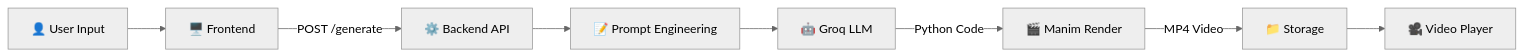
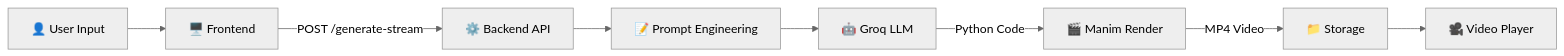
One commit to Aafimalek/prompt_to_animate changed the third of 3 diagrams in README.md. Above: the diagram before and after it, drawn with Mermaid (neutral theme). The commit also changed other lines of this file and 5 other files, not shown here.

````diff
--- a/README.md
+++ b/README.md
@@ -285,10 +354,10 @@
 ```mermaid
 flowchart LR
     A["👤 User Input"] --> B["🖥️ Frontend"]
-    B -->|"POST /generate"| C["⚙️ Backend API"]
+    B -->|"POST /generate-stream"| C["⚙️ Backend API"]
     C --> D["📝 Prompt Engineering"]
     D --> E["🤖 Groq LLM"]
     E -->|"Python Code"| F["🎬 Manim Render"]
     F -->|"MP4 Video"| G["📁 Storage"]
     G --> H["🎥 Video Player"]
 ```
````
